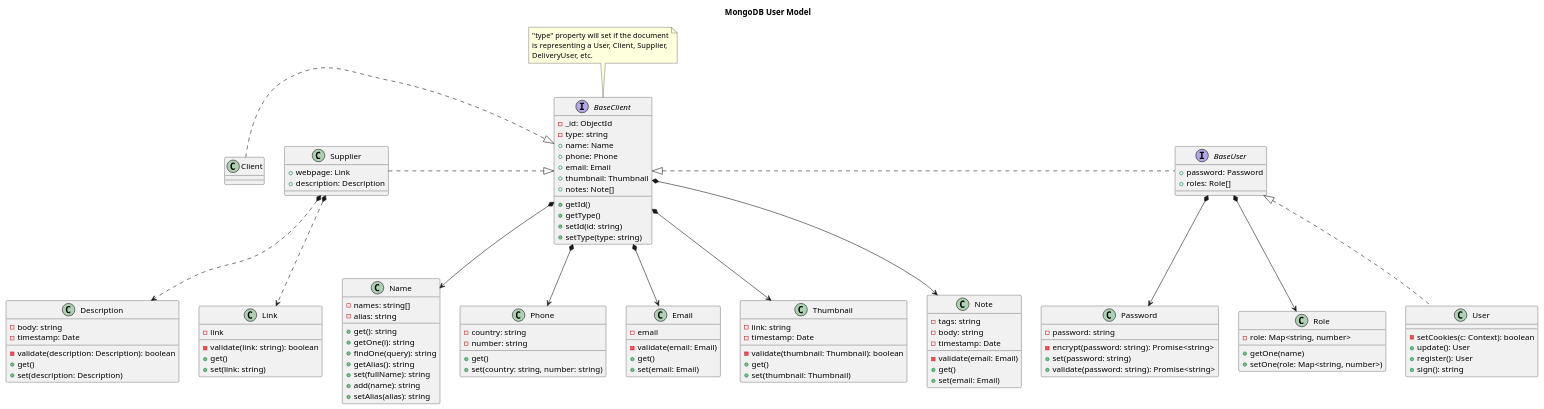
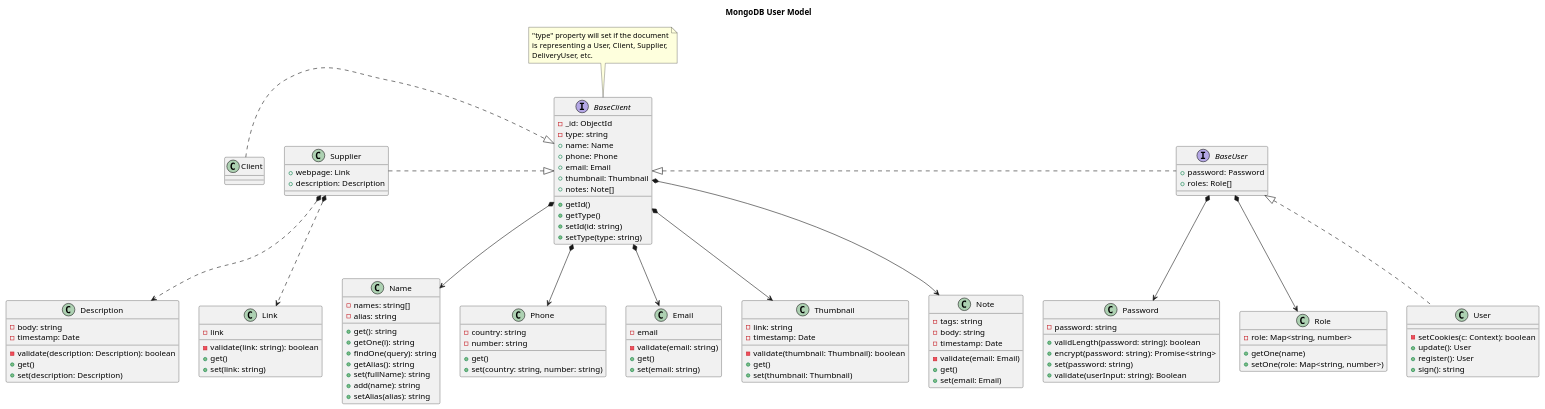
The diagram in back/uml/User.puml (Chiqui1234ok/lions-app), drawn with PlantUML before and after one commit.

Commit message:
updated, check commit log for more info

```diff
--- a/back/uml/User.puml
+++ b/back/uml/User.puml
@@ -1,142 +1,143 @@
 @startuml
 
 title MongoDB User Model
 
 interface BaseClient {
     - _id: ObjectId
     - type: string
     + name: Name
     + phone: Phone
     + email: Email
     + thumbnail: Thumbnail
     + notes: Note[]
     + getId()
     + getType()
     + setId(id: string)
     + setType(type: string)
 }
 
 ' interface BaseUser extends BaseClient
 interface BaseUser {
     + password: Password
     + roles: Role[]
 }
 
 ' class Client implements BaseClient
 class Client {
 
 }
 
 ' class User implements BaseUser
 class User {
     - setCookies(c: Context): boolean
     + update(): User
     + register(): User
     + sign(): string
 }
 
 ' class Supplier implements BaseClient
 class Supplier {
     + webpage: Link
     + description: Description
 }
 
 ' :: TINY OBJECTS ::
 
 class Password {
     - password: string
-    - encrypt(password: string): Promise<string>
+    + validLength(password: string): boolean
+    + encrypt(password: string): Promise<string>
     + set(password: string)
-    + validate(password: string): Promise<string>
+    + validate(userInput: string): Boolean
 }
 
 class Role {
     - role: Map<string, number>
     + getOne(name)
     + setOne(role: Map<string, number>)
 }
 
 class Name {
     - names: string[]
     - alias: string
     + get(): string
     + getOne(i): string
     + findOne(query): string
     + getAlias(): string
     + set(fullName): string
     + add(name): string
     + setAlias(alias): string
 }
 
 class Phone {
     - country: string
     - number: string
     + get()
     + set(country: string, number: string)
 }
 
 class Email {
     - email
-    - validate(email: Email)
+    - validate(email: string)
     + get()
-    + set(email: Email)
+    + set(email: string)
 }
 
 class Description {
     - body: string
     - timestamp: Date
     - validate(description: Description): boolean
     + get()
     + set(description: Description)
 }
 
 class Thumbnail {
     - link: string
     - timestamp: Date
     - validate(thumbnail: Thumbnail): boolean
     + get()
     + set(thumbnail: Thumbnail)
 }
 
 class Note {
     - tags: string
     - body: string
     - timestamp: Date
     - validate(email: Email)
     + get()
     + set(email: Email)
 }
 
 class Link {
     - link
     - validate(link: string): boolean
     + get()
     + set(link: string)
 }
 
 ' Inherit (interfaces). For classes,
 ' remember: ClasePadre <|-- ClaseHija
 BaseClient <|.r. BaseUser
 BaseUser <|.. User
 BaseClient <|.l. Supplier
 BaseClient <|.l. Client
 
 ' Composition
 BaseClient *--> Name
 BaseClient *--> Phone
 BaseClient *--> Email
 BaseClient *--> Thumbnail
 BaseClient *--> Note
 Supplier *..> Link
 Supplier *..> Description
 BaseUser *--> Password
 BaseUser *--> Role
 
 ' Notes
 note top of BaseClient
 "type" property will set if the document
 is representing a User, Client, Supplier,
 DeliveryUser, etc.
 endnote
 
 @enduml
```
